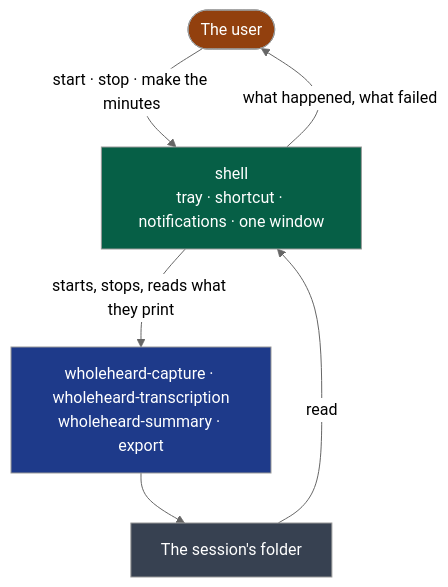
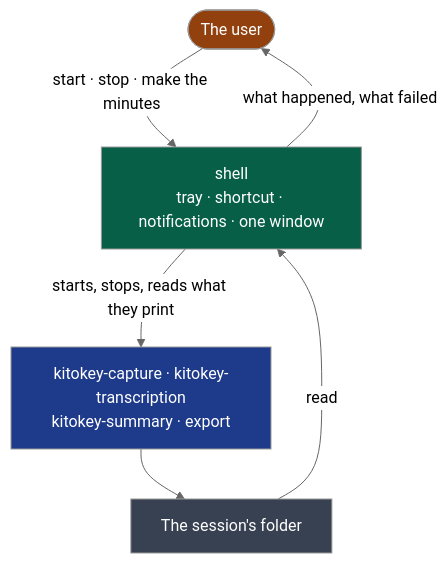
The first of 2 diagrams in modules/shell/README.md (NapkinStack/kitokey), drawn with Mermaid (neutral theme) before and after one commit. The commit also changed other lines of this file and 63 other files, not shown here.

````diff
--- a/modules/shell/README.md
+++ b/modules/shell/README.md
@@ -9,13 +9,13 @@
 ```mermaid
 flowchart TB
     U(["The user"]):::user -->|"start · stop · make the minutes"| S["shell<br/>tray · shortcut · notifications · one window"]:::mod
-    S -->|"starts, stops, reads what they print"| P["wholeheard-capture · wholeheard-transcription<br/>wholeheard-summary · export"]:::step
+    S -->|"starts, stops, reads what they print"| P["kitokey-capture · kitokey-transcription<br/>kitokey-summary · export"]:::step
     P --> F["The session's folder"]:::file
     F -->|"read"| S
     S -->|"what happened, what failed"| U
 
     classDef user fill:#92400e,color:#fff
     classDef mod fill:#065f46,color:#fff
     classDef step fill:#1e3a8a,color:#fff
     classDef file fill:#374151,color:#fff
 ```
````
